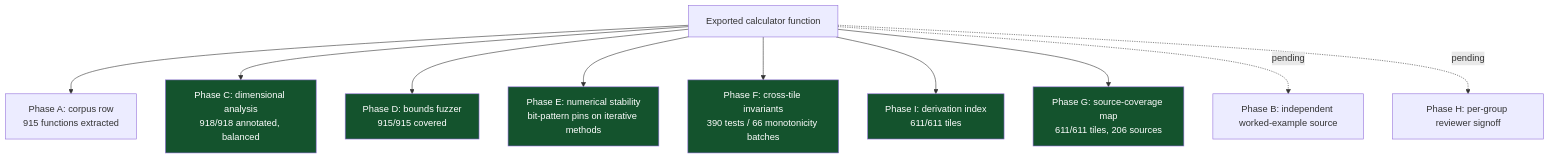
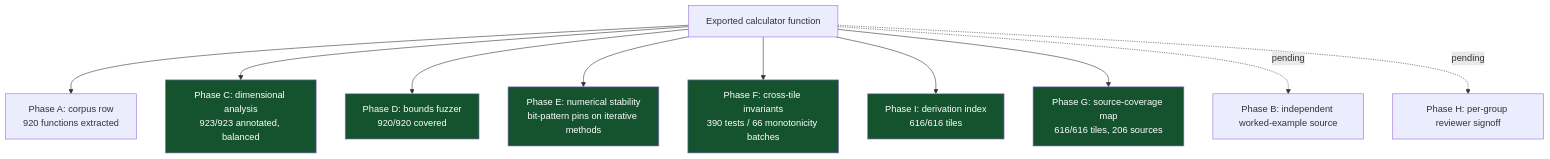
The sixth of 8 diagrams in README.md (clay-good/roughlogic.com), drawn with Mermaid before and after one commit. The commit also changed other lines of this file and 16 other files, not shown here.

````diff
--- a/README.md
+++ b/README.md
@@ -387,18 +387,18 @@
 ```mermaid
 flowchart TB
-    F[Exported calculator function] --> A[Phase A: corpus row\n915 functions extracted]
-    F --> C[Phase C: dimensional analysis\n918/918 annotated, balanced]
-    F --> D[Phase D: bounds fuzzer\n915/915 covered]
+    F[Exported calculator function] --> A[Phase A: corpus row\n920 functions extracted]
+    F --> C[Phase C: dimensional analysis\n923/923 annotated, balanced]
+    F --> D[Phase D: bounds fuzzer\n920/920 covered]
     F --> E[Phase E: numerical stability\nbit-pattern pins on iterative methods]
     F --> Fa[Phase F: cross-tile invariants\n390 tests / 66 monotonicity batches]
-    F --> I[Phase I: derivation index\n611/611 tiles]
-    F --> G[Phase G: source-coverage map\n611/611 tiles, 206 sources]
+    F --> I[Phase I: derivation index\n616/616 tiles]
+    F --> G[Phase G: source-coverage map\n616/616 tiles, 206 sources]
     F -.pending.-> B[Phase B: independent worked-example source]
     F -.pending.-> H[Phase H: per-group reviewer signoff]
     style C fill:#14532d,color:#fff
     style D fill:#14532d,color:#fff
     style E fill:#14532d,color:#fff
     style Fa fill:#14532d,color:#fff
     style G fill:#14532d,color:#fff
     style I fill:#14532d,color:#fff
 ```
````
